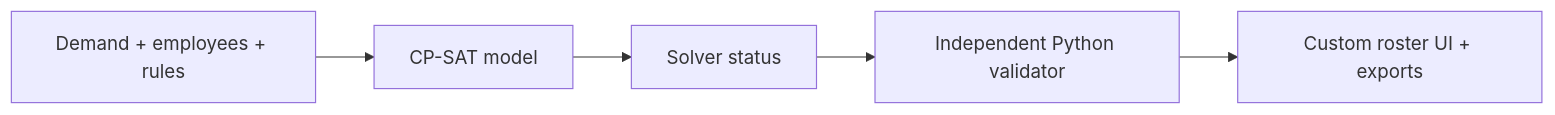
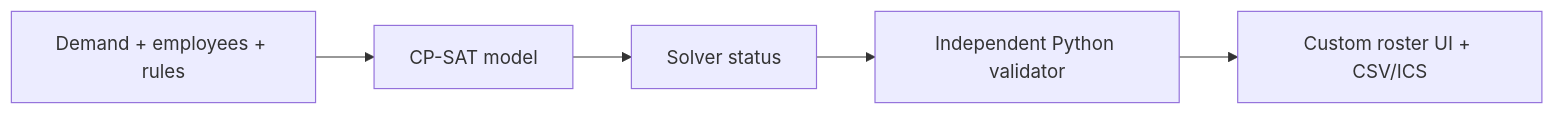
Before and after one commit to hasanhuseyinyetkiner/workforce-optimizer: the diagram in README.md, drawn with Mermaid. The commit also changed other lines of this file and 4 other files, not shown here.

````diff
--- a/README.md
+++ b/README.md
@@ -43,7 +103,7 @@
 ```mermaid
 flowchart LR
   D[Demand + employees + rules] --> M[CP-SAT model]
   M --> S[Solver status]
   S --> V[Independent Python validator]
-  V --> UI[Custom roster UI + exports]
+  V --> UI[Custom roster UI + CSV/ICS]
 ```
````
